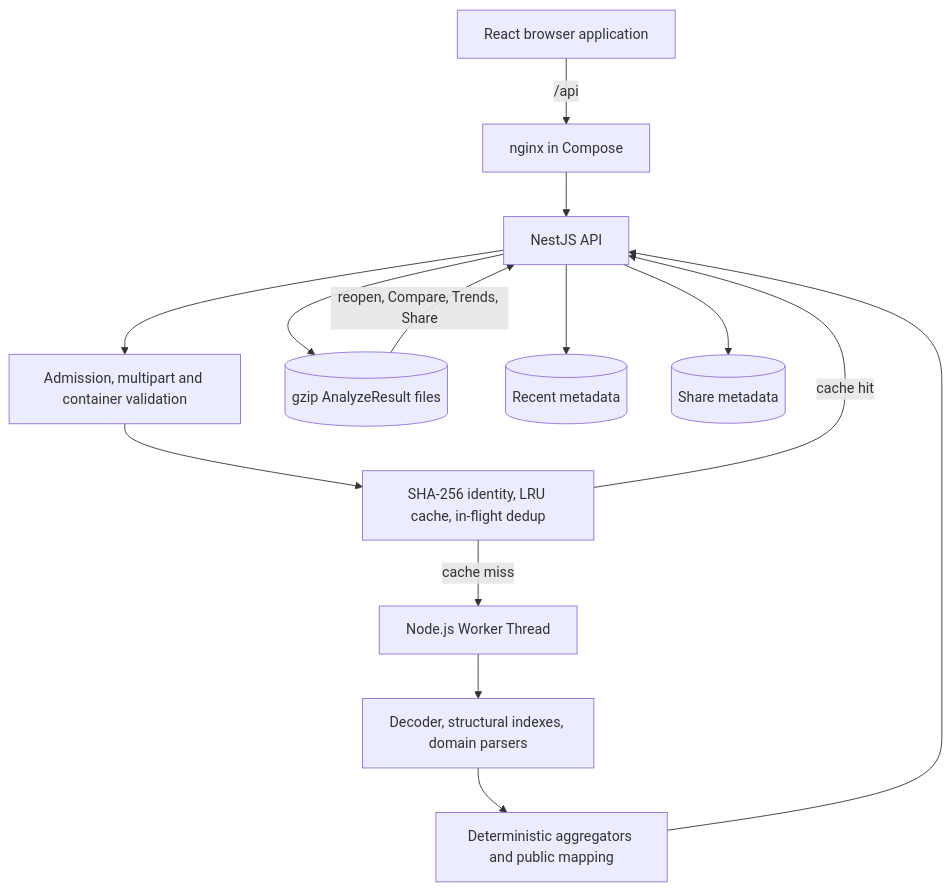
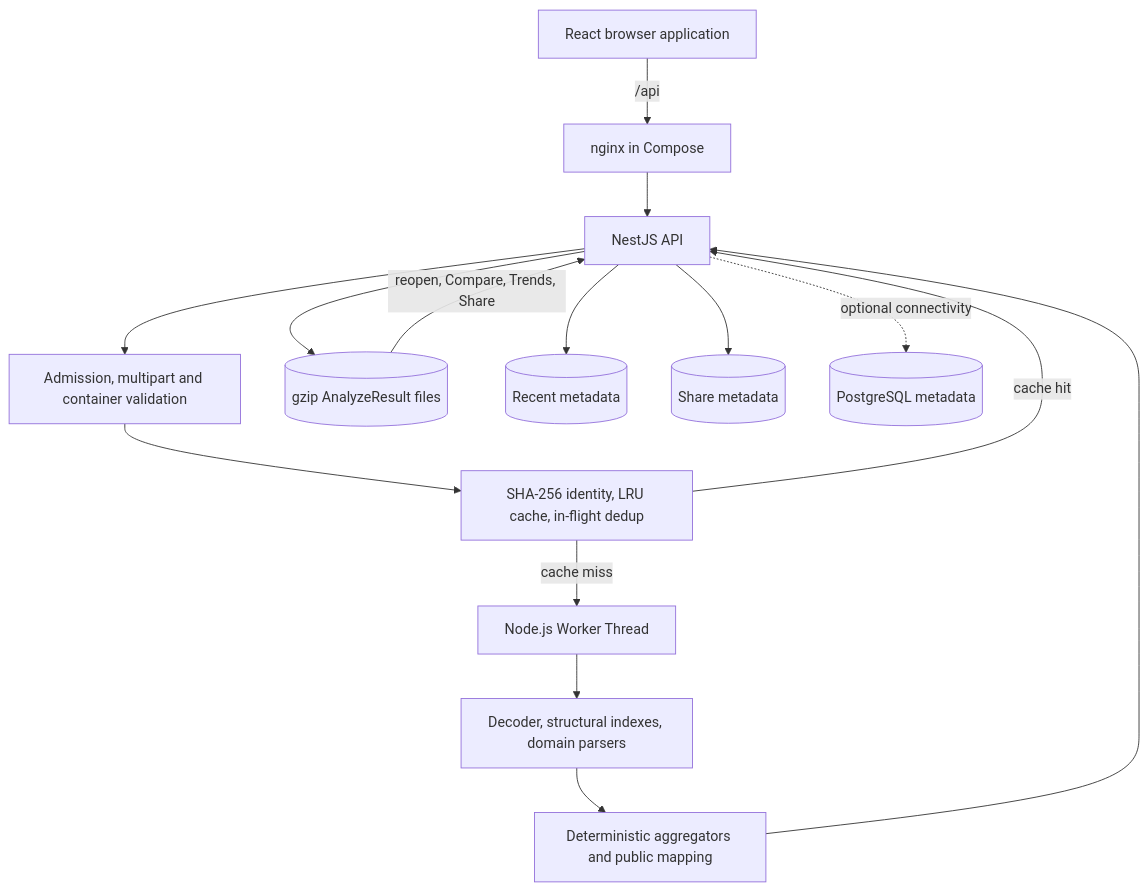
Before and after one commit to Panasenko-Vitalii-2005/hoi4-save-tracker: the diagram in docs/architecture.md, drawn with Mermaid. The commit also changed other lines of this file and 19 other files, not shown here.

Commit message:
feat(server): add postgres metadata foundation

````diff
--- a/docs/architecture.md
+++ b/docs/architecture.md
@@ -7,24 +7,26 @@
 ```mermaid
 flowchart TD
   Browser[React browser application]
   Nginx[nginx in Compose]
   API[NestJS API]
   Upload[Admission, multipart and container validation]
   Identity[SHA-256 identity, LRU cache, in-flight dedup]
   Worker[Node.js Worker Thread]
   Parser[Decoder, structural indexes, domain parsers]
   Aggregate[Deterministic aggregators and public mapping]
   Results[(gzip AnalyzeResult files)]
   Recent[(Recent metadata)]
   Shares[(Share metadata)]
+  Postgres[(PostgreSQL metadata)]
 
   Browser -->|/api| Nginx
   Nginx --> API
   API --> Upload --> Identity
   Identity -->|cache hit| API
   Identity -->|cache miss| Worker --> Parser --> Aggregate --> API
   API --> Results
   API --> Recent
   API --> Shares
+  API -.->|optional connectivity| Postgres
   Results -->|reopen, Compare, Trends, Share| API
 ```
````
